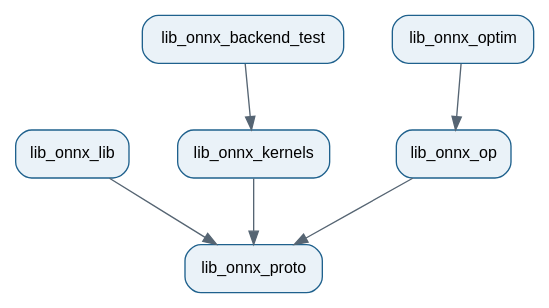
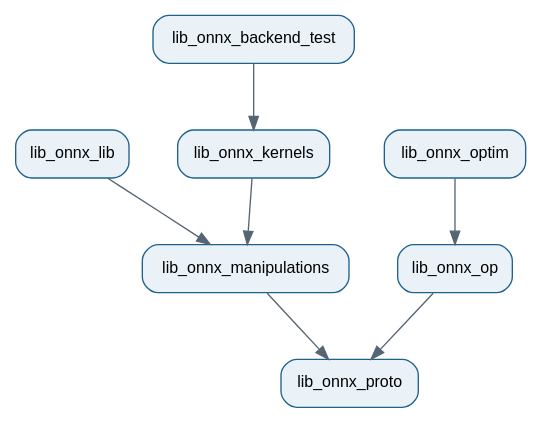
Before and after one commit to xadupre/onnx-light: the diagram in docs/design/_static/library_split.dot, drawn with Graphviz. The commit also changed 55 other files, not shown here.

Commit message:
Split onnx_lib into onnx_lib (schemas) and onnx_manipulations

```diff
--- a/docs/design/_static/library_split.dot
+++ b/docs/design/_static/library_split.dot
@@ -1,13 +1,14 @@
 digraph library_split {
     rankdir=TB;
     nodesep=0.5;
     ranksep=0.7;
     node [shape=box, style="rounded,filled", fillcolor="#EAF2F8", fontname="Helvetica", fontsize=12, color="#1F618D"];
     edge [fontname="Helvetica", fontsize=10, color="#566573"];
 
     lib_onnx_op -> lib_onnx_proto;
     lib_onnx_optim -> lib_onnx_op;
-    lib_onnx_lib -> lib_onnx_proto;
-    lib_onnx_kernels -> lib_onnx_proto;
+    lib_onnx_manipulations -> lib_onnx_proto;
+    lib_onnx_lib -> lib_onnx_manipulations;
+    lib_onnx_kernels -> lib_onnx_manipulations;
     lib_onnx_backend_test -> lib_onnx_kernels;
 }
```
